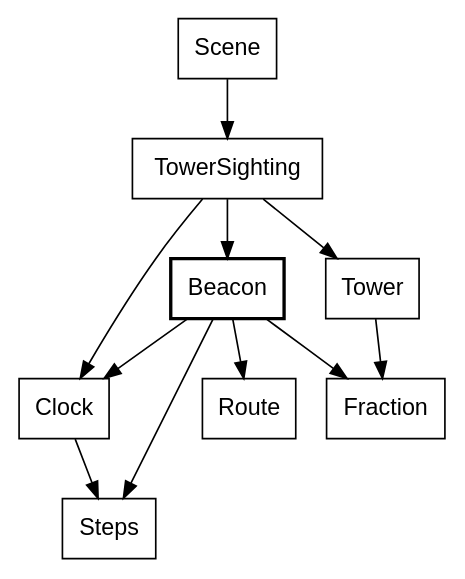
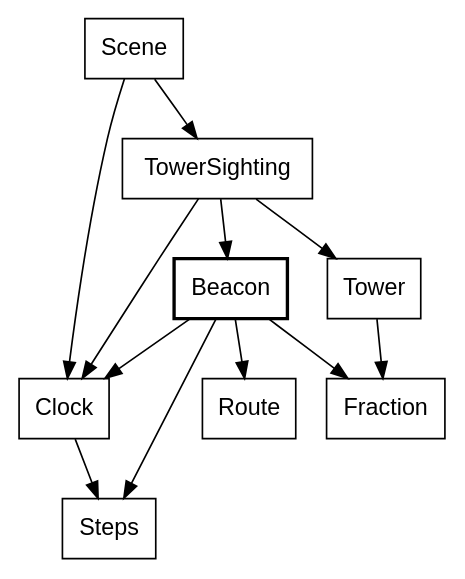
Before and after one commit to showell/roc-apps: diagram 13 of 35 in canvas_apps/safari/tutorial/tutorial.md, drawn with Graphviz. The commit also changed other lines of this file, not shown here.

````diff
--- a/canvas_apps/safari/tutorial/tutorial.md
+++ b/canvas_apps/safari/tutorial/tutorial.md
@@ -1310,16 +1310,17 @@
 ```dot
 digraph beacon {
   node [shape=box, fontname="Helvetica"];
   Beacon [style=bold];
   Scene -> TowerSighting;
+  Scene -> Clock;
   TowerSighting -> Beacon;
   TowerSighting -> Tower;
   TowerSighting -> Clock;
   Beacon -> Clock;
   Beacon -> Steps;
   Beacon -> Fraction;
   Beacon -> Route;
   Clock -> Steps;
   Tower -> Fraction;
 }
 ```
````
